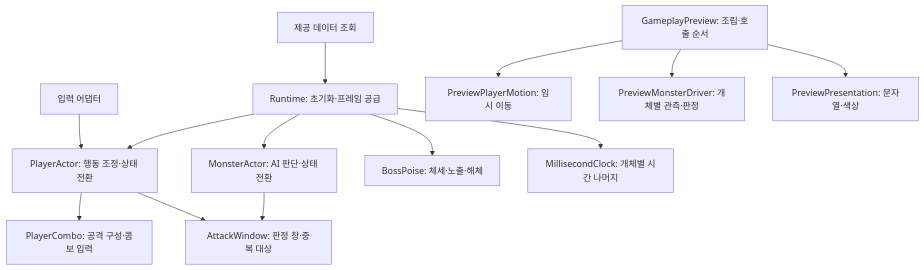
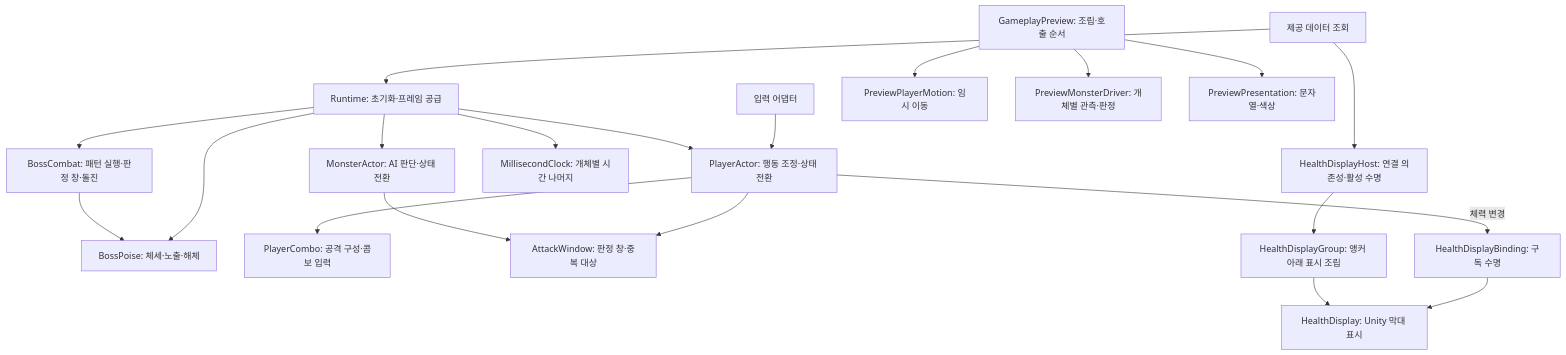
The diagram in Docs/게임플레이 모듈 구조.md (lkhwcf-arch/Human_Ghost-), drawn with Mermaid before and after one commit. The commit also changed other lines of this file and 7 other files, not shown here.

````diff
--- a/Docs/게임플레이 모듈 구조.md
+++ b/Docs/게임플레이 모듈 구조.md
@@ -5,15 +5,22 @@
 ```mermaid
 flowchart TD
     D[제공 데이터 조회] --> R[Runtime: 초기화·프레임 공급]
     I[입력 어댑터] --> P[PlayerActor: 행동 조정·상태 전환]
     R --> P
     R --> M[MonsterActor: AI 판단·상태 전환]
     R --> B[BossPoise: 체세·노출·해체]
+    R --> BC[BossCombat: 패턴 실행·판정 창·돌진]
+    BC --> B
     P --> C[PlayerCombo: 공격 구성·콤보 입력]
     P --> W[AttackWindow: 판정 창·중복 대상]
     M --> W
     R --> T[MillisecondClock: 개체별 시간 나머지]
     V[GameplayPreview: 조립·호출 순서] --> MV[PreviewPlayerMotion: 임시 이동]
     V --> MD[PreviewMonsterDriver: 개체별 관측·판정]
     V --> UI[PreviewPresentation: 문자열·색상]
+    D --> H[HealthDisplayHost: 연결 의존성·활성 수명]
+    H --> HG[HealthDisplayGroup: 앵커 아래 표시 조립]
+    P -->|체력 변경| HB[HealthDisplayBinding: 구독 수명]
+    HB --> HV[HealthDisplay: Unity 막대 표시]
+    HG --> HV
 ```
````
